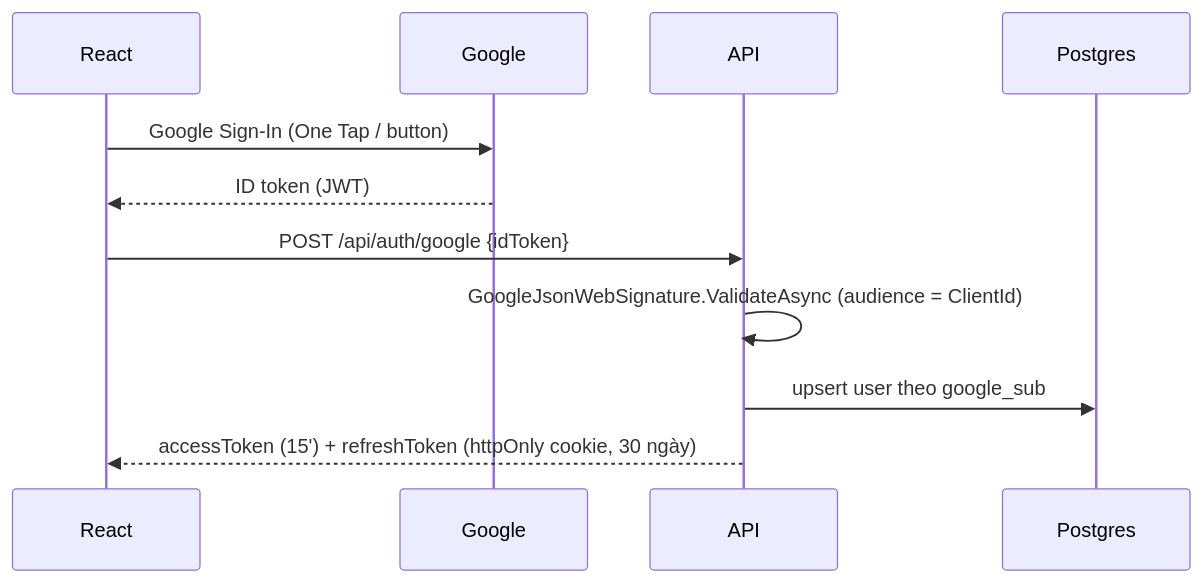
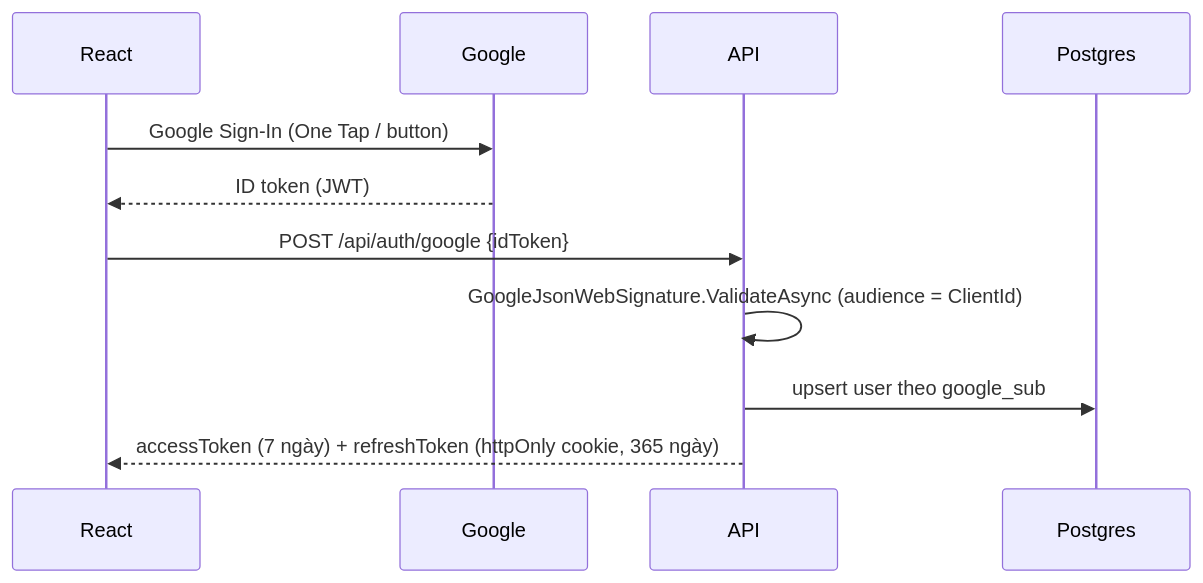
One commit to thinhchuht/HabitCheck changed the second of 4 diagrams in docs/habit-checkin-design.md. Above: the diagram before and after it, drawn with Mermaid. The commit also changed other lines of this file and 9 other files, not shown here.

Commit message:
Kỳ thử thách: ngày bắt đầu phải từ ngày mai; đơn vị 2 kiểu (thời gian/tự chọn); token 7 ngày + refresh 365 ngày để phiên gần như vĩnh viễn

````diff
--- a/docs/habit-checkin-design.md
+++ b/docs/habit-checkin-design.md
@@ -113,13 +114,13 @@
 ```mermaid
 sequenceDiagram
     participant U as React
     participant G as Google
     participant API as API
     participant DB as Postgres
     U->>G: Google Sign-In (One Tap / button)
     G-->>U: ID token (JWT)
     U->>API: POST /api/auth/google {idToken}
     API->>API: GoogleJsonWebSignature.ValidateAsync (audience = ClientId)
     API->>DB: upsert user theo google_sub
-    API-->>U: accessToken (15') + refreshToken (httpOnly cookie, 30 ngày)
+    API-->>U: accessToken (7 ngày) + refreshToken (httpOnly cookie, 365 ngày)
 ```
````
